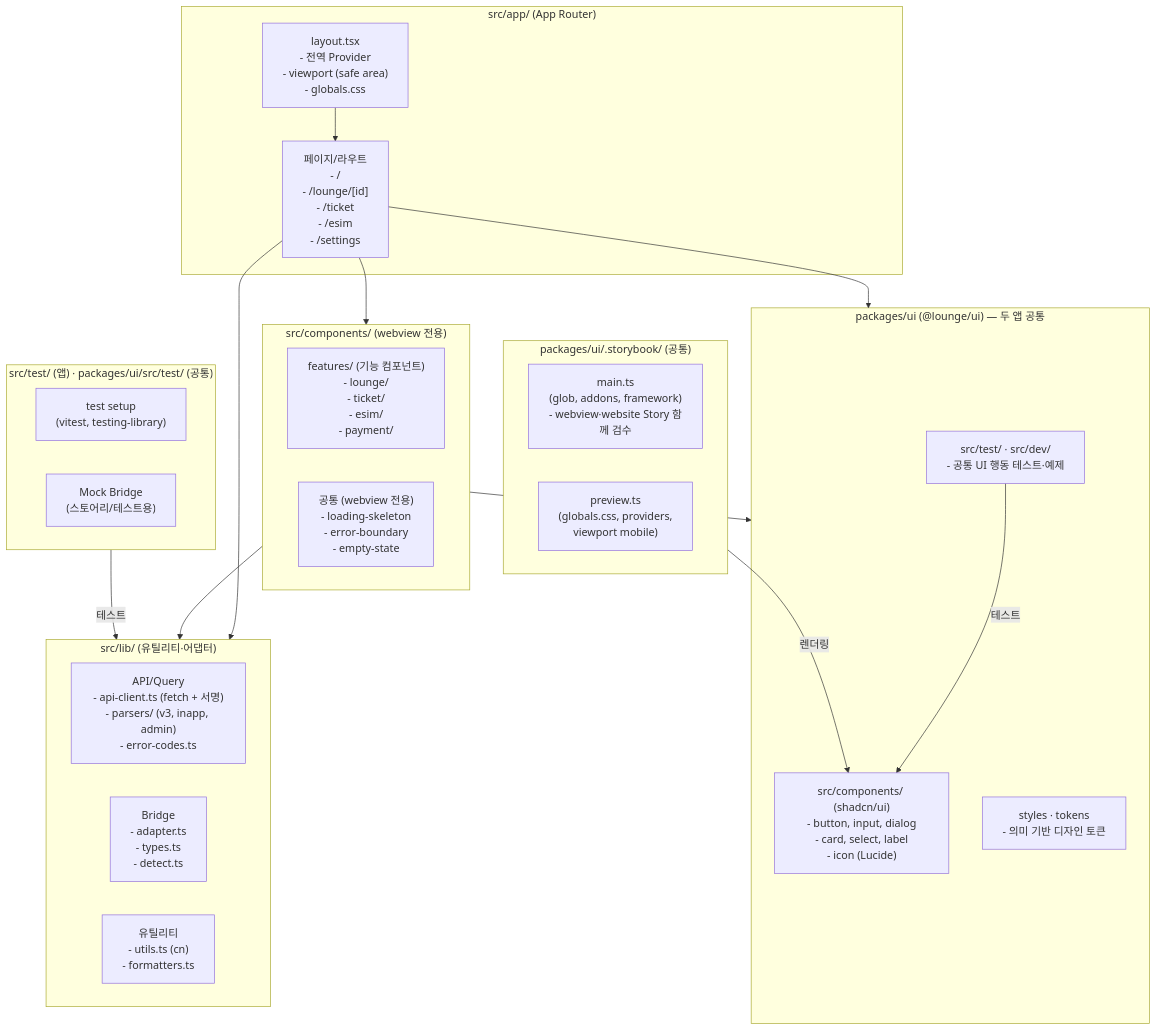
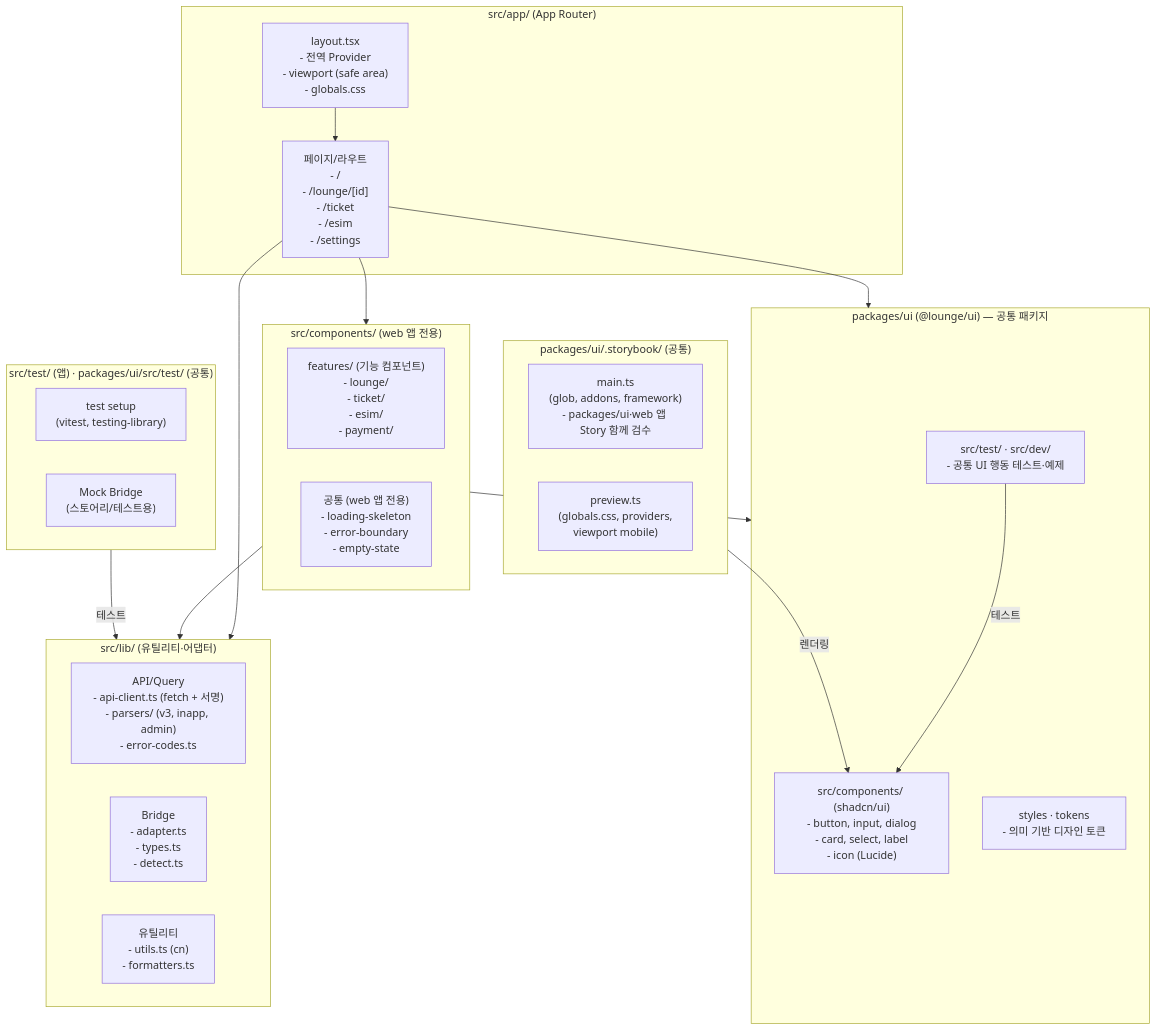
The first of 3 diagrams in docs/diagrams/[TBD]_frontend-internal.md (minsukong/lounge-docs), drawn with Mermaid before and after one commit. The commit also changed other lines of this file and 69 other files, not shown here.

```diff
--- a/docs/diagrams/[TBD]_frontend-internal.md
+++ b/docs/diagrams/[TBD]_frontend-internal.md
@@ -10,47 +10,47 @@
   <div class="mermaid">
 flowchart TB
-  accTitle: front-end 워크스페이스 내부 구조 (webview 기준)
-  accDescr: Next.js App Router 기반 WebView 애플리케이션과 packages/ui 공통 UI 패키지, API/유틸리티, 테스트로 구성됩니다.
+  accTitle: front-end 워크스페이스 내부 구조 (web 기준)
+  accDescr: Next.js App Router 기반 단일 웹 애플리케이션과 packages/ui 공통 UI 패키지, API/유틸리티, 테스트로 구성됩니다.
   
   subgraph APP["src/app/ (App Router)"]
     LAYOUT["layout.tsx<br/>- 전역 Provider<br/>- viewport (safe area)<br/>- globals.css"]
     PAGES["페이지/라우트<br/>- /<br/>- /lounge/[id]<br/>- /ticket<br/>- /esim<br/>- /settings"]
     LAYOUT --> PAGES
   end
 
-  subgraph SHARED["packages/ui (@lounge/ui) — 두 앱 공통"]
+  subgraph SHARED["packages/ui (@lounge/ui) — 공통 패키지"]
     UI["src/components/ (shadcn/ui)<br/>- button, input, dialog<br/>- card, select, label<br/>- icon (Lucide)"]
     TOKENS["styles · tokens<br/>- 의미 기반 디자인 토큰"]
     UTEST["src/test/ · src/dev/<br/>- 공통 UI 행동 테스트·예제"]
   end
 
-  subgraph COMPONENTS["src/components/ (webview 전용)"]
+  subgraph COMPONENTS["src/components/ (web 앱 전용)"]
     FEATURES["features/ (기능 컴포넌트)<br/>- lounge/<br/>- ticket/<br/>- esim/<br/>- payment/"]
-    COMMON["공통 (webview 전용)<br/>- loading-skeleton<br/>- error-boundary<br/>- empty-state"]
+    COMMON["공통 (web 앱 전용)<br/>- loading-skeleton<br/>- error-boundary<br/>- empty-state"]
   end
 
   subgraph LIB["src/lib/ (유틸리티·어댑터)"]
     QUERY["API/Query<br/>- api-client.ts (fetch + 서명)<br/>- parsers/ (v3, inapp, admin)<br/>- error-codes.ts"]
     BRIDGE["Bridge<br/>- adapter.ts<br/>- types.ts<br/>- detect.ts"]
     UTILS["유틸리티<br/>- utils.ts (cn)<br/>- formatters.ts"]
   end
 
   subgraph STORIES["packages/ui/.storybook/ (공통)"]
-    SB_MAIN["main.ts<br/>(glob, addons, framework)<br/>- webview·website Story 함께 검수"]
+    SB_MAIN["main.ts<br/>(glob, addons, framework)<br/>- packages/ui·web 앱 Story 함께 검수"]
     SB_PREVIEW["preview.ts<br/>(globals.css, providers,<br/>viewport mobile)"]
   end
 
   subgraph TEST["src/test/ (앱) · packages/ui/src/test/ (공통)"]
     SETUP["test setup<br/>(vitest, testing-library)"]
     MOCKS["Mock Bridge<br/>(스토어리/테스트용)"]
   end
 
   PAGES --> COMPONENTS
   PAGES --> SHARED
   PAGES --> LIB
   COMPONENTS --> SHARED
   COMPONENTS --> LIB
   STORIES -- "렌더링" --> UI
   TEST -- "테스트" --> LIB
   UTEST -- "테스트" --> UI
   </div>
```
